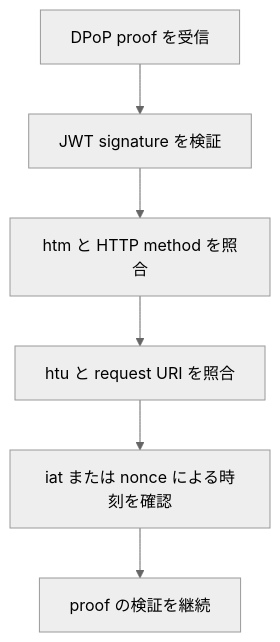
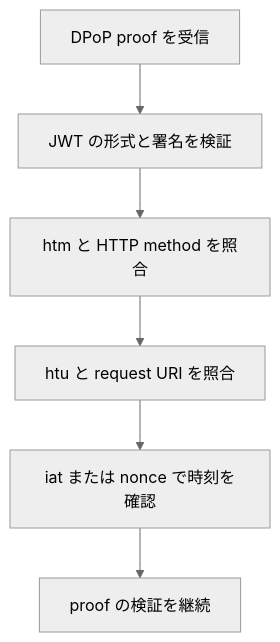
The second of 2 diagrams in _posts/2026-09-19-dpop-proof-http-request.md (nbifrye/1548d6d9-8655-48d3-817f-d41469b6b27e), drawn with Mermaid (neutral theme) before and after one commit. The commit also changed other lines of this file, not shown here.

Commit message:
Review and refine RFC 9449 DPoP article

```diff
--- a/_posts/2026-09-19-dpop-proof-http-request.md
+++ b/_posts/2026-09-19-dpop-proof-http-request.md
@@ -57,8 +61,8 @@
 <pre class="mermaid">
 flowchart TD
-    A[DPoP proof を受信] --> B[JWT signature を検証]
+    A[DPoP proof を受信] --> B[JWT の形式と署名を検証]
     B --> C[htm と HTTP method を照合]
     C --> D[htu と request URI を照合]
-    D --> E[iat または nonce による時刻を確認]
+    D --> E[iat または nonce で時刻を確認]
     E --> F[proof の検証を継続]
 </pre>
```
